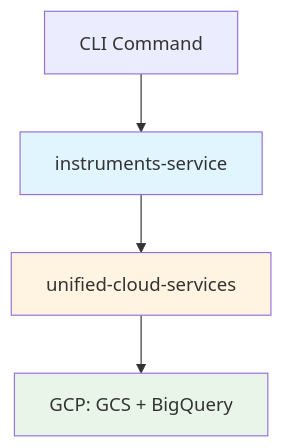
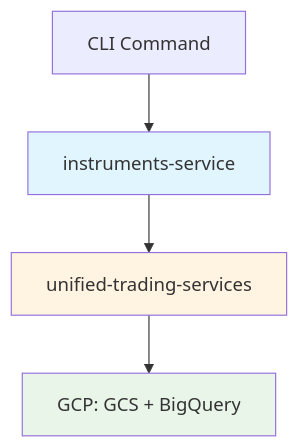
One commit to IggyIkenna/instruments-service changed the diagram in specs/COMMAND_FLOW_DIAGRAM.md. Above: the diagram before and after it, drawn with Mermaid. The commit also changed other lines of this file and 92 other files, not shown here.

````diff
--- a/specs/COMMAND_FLOW_DIAGRAM.md
+++ b/specs/COMMAND_FLOW_DIAGRAM.md
@@ -13,15 +13,15 @@
 ```mermaid
 graph TB
     CLI[CLI Command]
     IS[instruments-service]
-    UCS[unified-cloud-services]
+    UCS[unified-trading-services]
     GCP[GCP: GCS + BigQuery]
 
     CLI --> IS
     IS --> UCS
     UCS --> GCP
 
     style IS fill:#e1f5ff
     style UCS fill:#fff4e1
     style GCP fill:#e8f5e8
 ```
````
